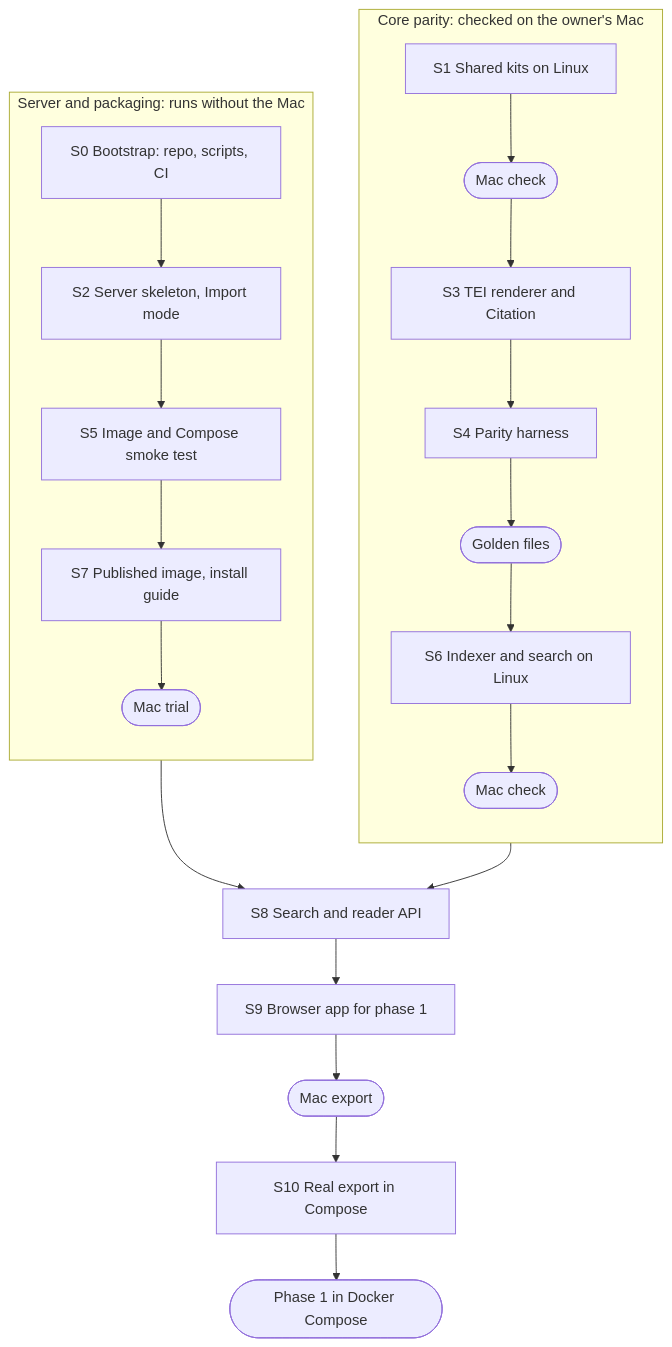
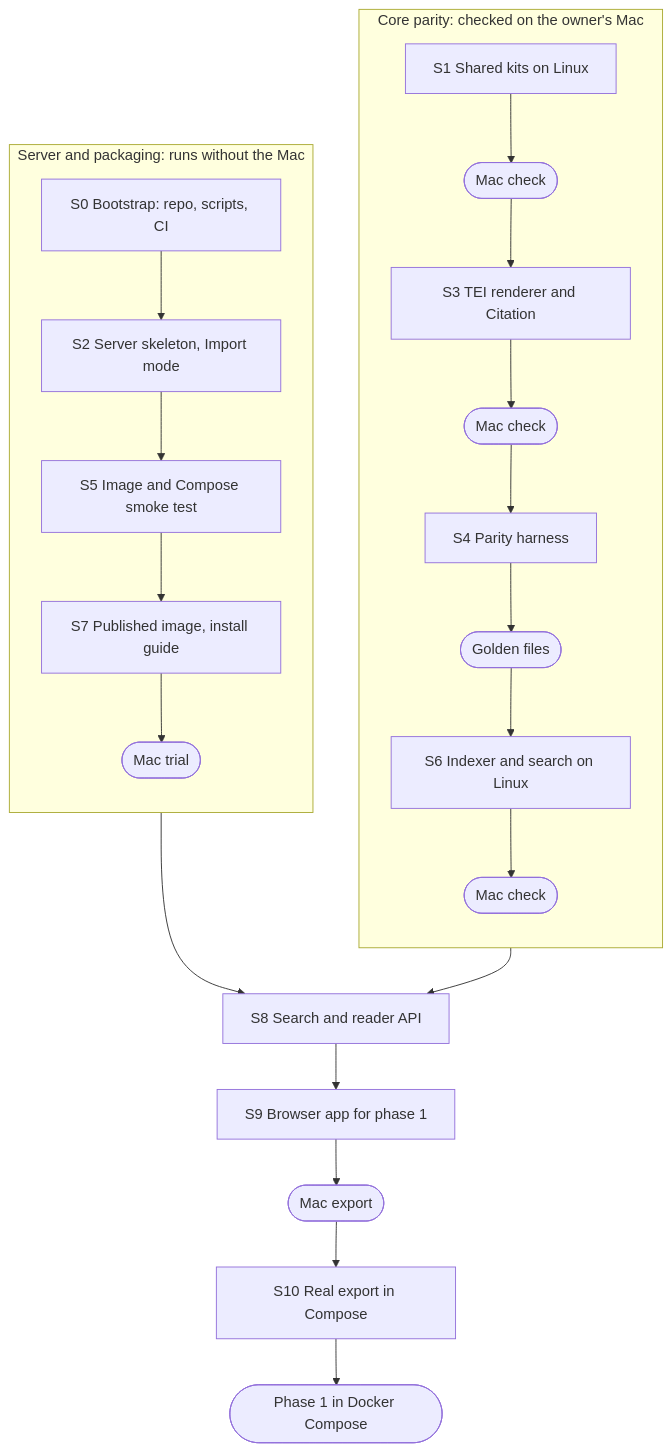
The diagram in docs/PLAN.md (joshbotts/FRUS-Explorer-Web-App), drawn with Mermaid before and after one commit. The commit also changed other lines of this file and 2 other files, not shown here.

````diff
--- a/docs/PLAN.md
+++ b/docs/PLAN.md
@@ -121,14 +121,14 @@
 ```mermaid
 flowchart TB
   subgraph core["Core parity: checked on the owner's Mac"]
     direction TB
-    S1["S1 Shared kits on Linux"] --> G1(["Mac check"]) --> S3["S3 TEI renderer and Citation"] --> S4["S4 Parity harness"] --> G2(["Golden files"]) --> S6["S6 Indexer and search on Linux"] --> G3(["Mac check"])
+    S1["S1 Shared kits on Linux"] --> G1(["Mac check"]) --> S3["S3 TEI renderer and Citation"] --> G2(["Mac check"]) --> S4["S4 Parity harness"] --> G3(["Golden files"]) --> S6["S6 Indexer and search on Linux"] --> G4(["Mac check"])
   end
   subgraph server["Server and packaging: runs without the Mac"]
     direction TB
-    S0["S0 Bootstrap: repo, scripts, CI"] --> S2["S2 Server skeleton, Import mode"] --> S5["S5 Image and Compose smoke test"] --> S7["S7 Published image, install guide"] --> G4(["Mac trial"])
+    S0["S0 Bootstrap: repo, scripts, CI"] --> S2["S2 Server skeleton, Import mode"] --> S5["S5 Image and Compose smoke test"] --> S7["S7 Published image, install guide"] --> G5(["Mac trial"])
   end
-  G3 --> S8["S8 Search and reader API"]
-  G4 --> S8
-  S8 --> S9["S9 Browser app for phase 1"] --> G5(["Mac export"]) --> S10["S10 Real export in Compose"] --> M(["Phase 1 in Docker Compose"])
+  G4 --> S8["S8 Search and reader API"]
+  G5 --> S8
+  S8 --> S9["S9 Browser app for phase 1"] --> G6(["Mac export"]) --> S10["S10 Real export in Compose"] --> M(["Phase 1 in Docker Compose"])
 ```
````
